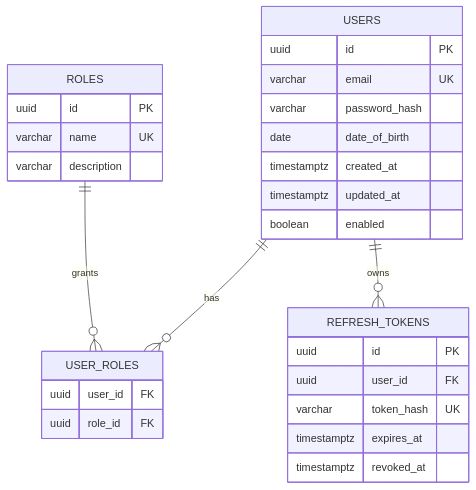
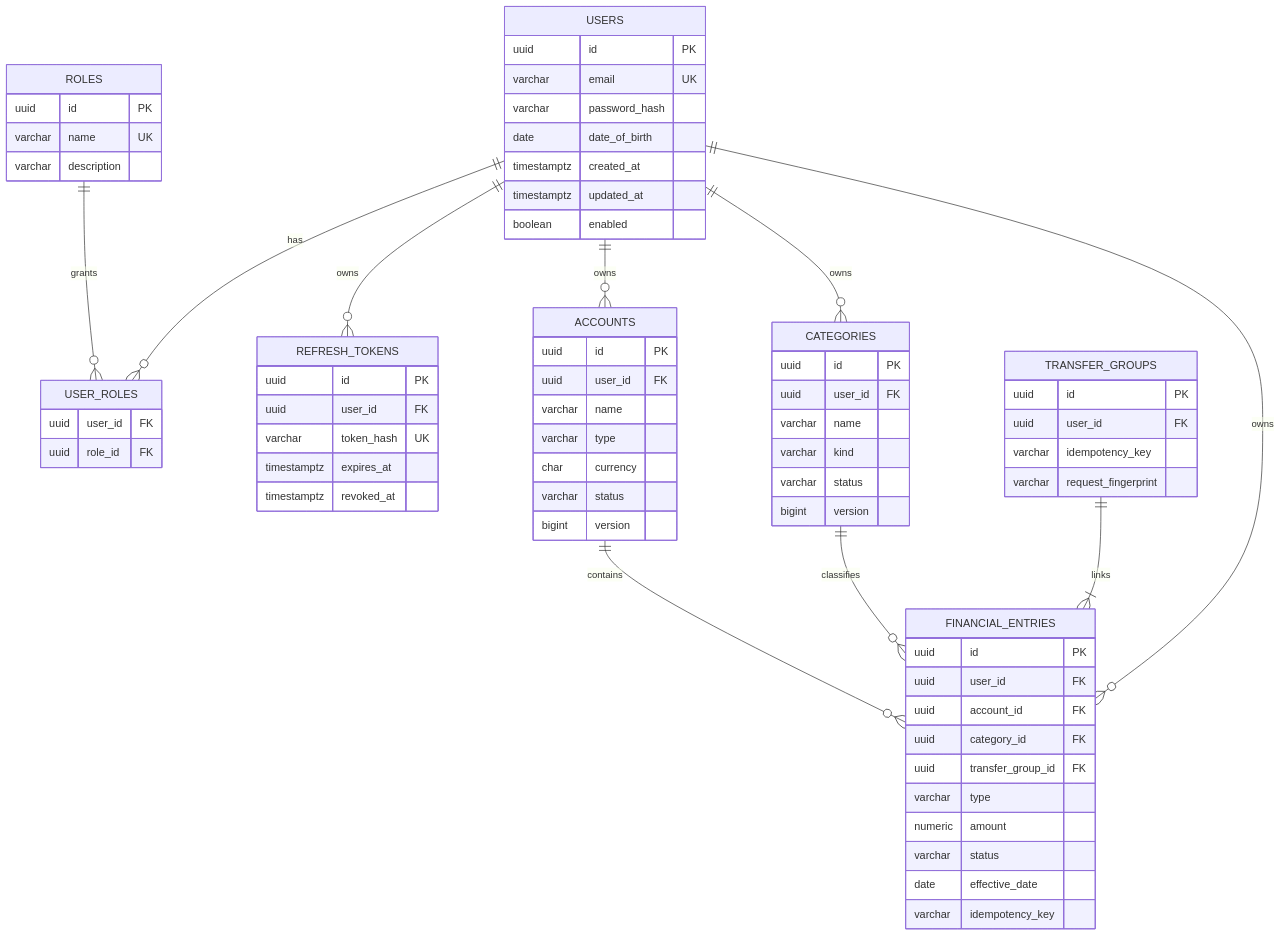
The diagram in docs/BANCO_DE_DADOS.md (CaueWeber22/cointrol-backend), drawn with Mermaid before and after one commit. The commit also changed other lines of this file and 42 other files, not shown here.

````diff
--- a/docs/BANCO_DE_DADOS.md
+++ b/docs/BANCO_DE_DADOS.md
@@ -21,32 +26,73 @@
 ```mermaid
 erDiagram
     USERS ||--o{ USER_ROLES : has
     ROLES ||--o{ USER_ROLES : grants
     USERS ||--o{ REFRESH_TOKENS : owns
+    USERS ||--o{ ACCOUNTS : owns
+    USERS ||--o{ CATEGORIES : owns
+    USERS ||--o{ FINANCIAL_ENTRIES : owns
+    ACCOUNTS ||--o{ FINANCIAL_ENTRIES : contains
+    CATEGORIES ||--o{ FINANCIAL_ENTRIES : classifies
+    TRANSFER_GROUPS ||--|{ FINANCIAL_ENTRIES : links
 
     USERS {
         uuid id PK
         varchar email UK
         varchar password_hash
         date date_of_birth
         timestamptz created_at
         timestamptz updated_at
         boolean enabled
     }
     ROLES {
         uuid id PK
         varchar name UK
         varchar description
     }
     USER_ROLES {
         uuid user_id FK
         uuid role_id FK
     }
     REFRESH_TOKENS {
         uuid id PK
         uuid user_id FK
         varchar token_hash UK
         timestamptz expires_at
         timestamptz revoked_at
     }
+    ACCOUNTS {
+        uuid id PK
+        uuid user_id FK
+        varchar name
+        varchar type
+        char currency
+        varchar status
+        bigint version
+    }
+    CATEGORIES {
+        uuid id PK
+        uuid user_id FK
+        varchar name
+        varchar kind
+        varchar status
+        bigint version
+    }
+    FINANCIAL_ENTRIES {
+        uuid id PK
+        uuid user_id FK
+        uuid account_id FK
+        uuid category_id FK
+        uuid transfer_group_id FK
+        varchar type
+        numeric amount
+        varchar status
+        date effective_date
+        varchar idempotency_key
+    }
+    TRANSFER_GROUPS {
+        uuid id PK
+        uuid user_id FK
+        varchar idempotency_key
+        varchar request_fingerprint
+    }
 ```
````
